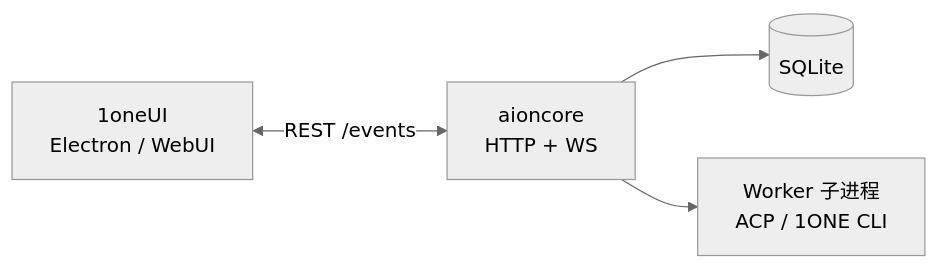
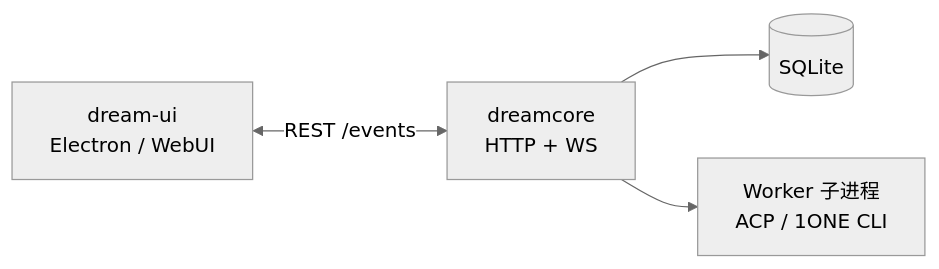
Before and after one commit to gaogg521/dream-core: the diagram in README.md, drawn with Mermaid (neutral theme). The commit also changed other lines of this file and 70 other files, not shown here.

````diff
--- a/README.md
+++ b/README.md
@@ -93,11 +93,11 @@
 ```mermaid
 flowchart LR
-  UI["1oneUI<br/>Electron / WebUI"]
-  API["aioncore<br/>HTTP + WS"]
+  UI["dream-ui<br/>Electron / WebUI"]
+  API["dreamcore<br/>HTTP + WS"]
   DB[(SQLite)]
   W["Worker 子进程<br/>ACP / 1ONE CLI"]
 
   UI <-->|REST /events| API
   API --> DB
   API --> W
 ```
````
